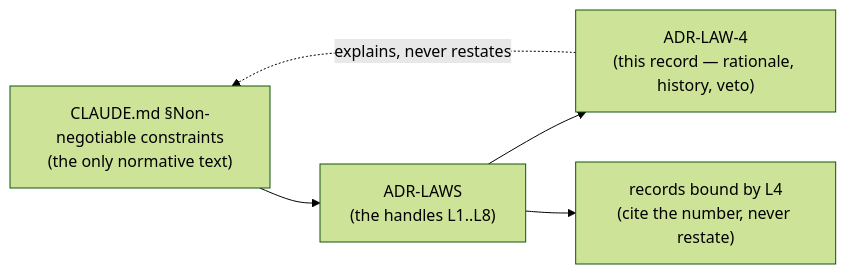
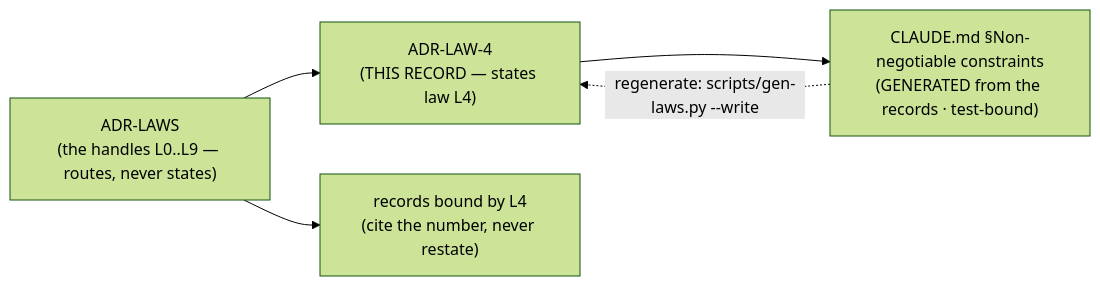
The diagram in docs/adr/0006_LAW-4-offline-by-default.md (arpitarya/fux), drawn with Mermaid (forest theme) before and after one commit. The commit also changed other lines of this file and 190 other files, not shown here.

````diff
--- a/docs/adr/0006_LAW-4-offline-by-default.md
+++ b/docs/adr/0006_LAW-4-offline-by-default.md
@@ -49,10 +51,11 @@
 ```mermaid
 flowchart LR
-    C["CLAUDE.md §Non-negotiable constraints<br/>(the only normative text)"]
-    N["ADR-LAWS<br/>(the handles L1..L8)"]
-    R["ADR-LAW-4<br/>(this record — rationale, history, veto)"]
+    R["ADR-LAW-4<br/>(THIS RECORD — states law L4)"]
+    N["ADR-LAWS<br/>(the handles L0..L9 — routes, never states)"]
+    C["CLAUDE.md §Non-negotiable constraints<br/>(GENERATED from the records · test-bound)"]
     B["records bound by L4<br/>(cite the number, never restate)"]
-    C --> N --> R
+    R --> C
+    N --> R
     N --> B
-    R -. "explains, never restates" .-> C
+    C -. "regenerate: scripts/gen-laws.py --write" .-> R
 ```
````
